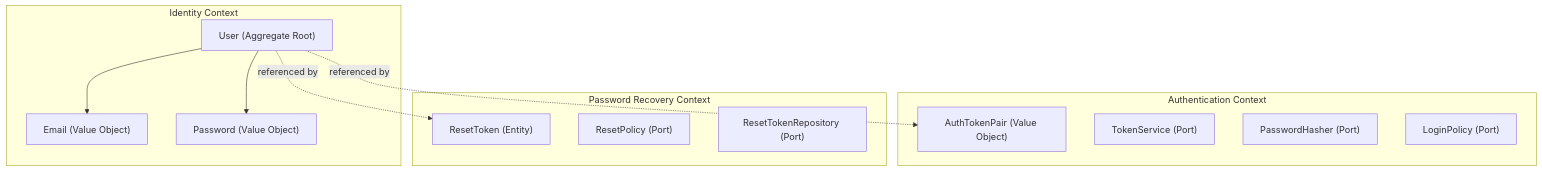
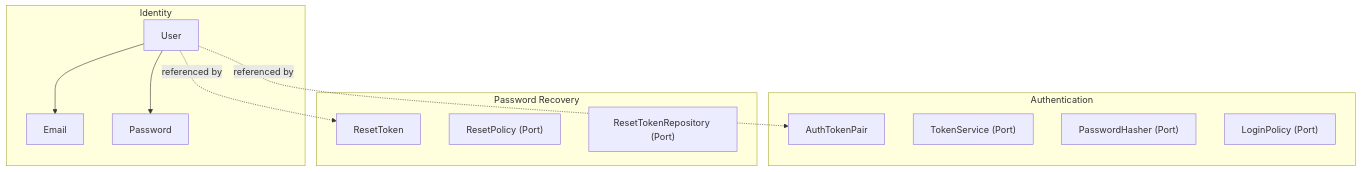
Before and after one commit to blackyblack/engineer-challenge: the first of 2 diagrams in README.md, drawn with Mermaid. The commit also changed other lines of this file and 2 other files, not shown here.

````diff
--- a/README.md
+++ b/README.md
@@ -60,26 +60,26 @@
 ```mermaid
 graph TB
-    subgraph "Identity Context"
-        User["User (Aggregate Root)"]
-        Email["Email (Value Object)"]
-        Password["Password (Value Object)"]
+    subgraph "Identity"
+        User["User"]
+        Email["Email"]
+        Password["Password"]
         User --> Email
         User --> Password
     end
 
-    subgraph "Authentication Context"
-        AuthToken["AuthTokenPair (Value Object)"]
+    subgraph "Authentication"
+        AuthToken["AuthTokenPair"]
         TokenService["TokenService (Port)"]
         PasswordHasher["PasswordHasher (Port)"]
         LoginPolicy["LoginPolicy (Port)"]
     end
 
-    subgraph "Password Recovery Context"
-        ResetToken["ResetToken (Entity)"]
+    subgraph "Password Recovery"
+        ResetToken["ResetToken"]
         ResetPolicy["ResetPolicy (Port)"]
         ResetTokenRepo["ResetTokenRepository (Port)"]
     end
 
     User -.->|referenced by| AuthToken
     User -.->|referenced by| ResetToken
 ```
````
